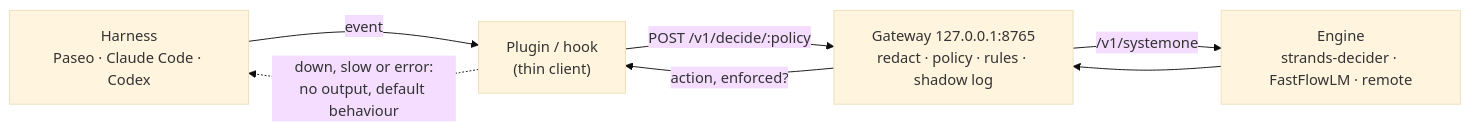
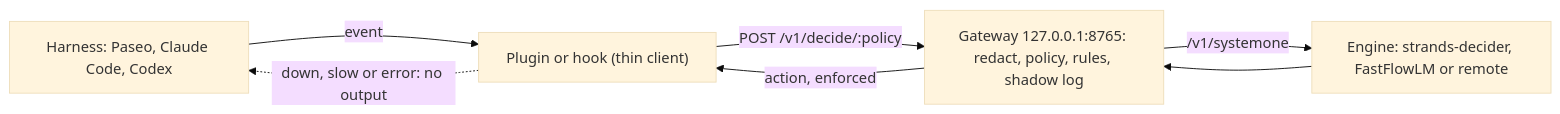
Before and after one commit to SkeLLLa/local-decider: the diagram in README.md, drawn with Mermaid (base theme). The commit also changed other lines of this file and 10 other files, not shown here.

Commit message:
docs: human-focused rewrite of README and docs with Mermaid diagrams

````diff
--- a/README.md
+++ b/README.md
@@ -34,9 +34,9 @@
 ```mermaid
 flowchart LR
-  H["Harness<br/>Paseo · Claude Code · Codex"] -->|event| P["Plugin / hook<br/>(thin client)"]
-  P -->|"POST /v1/decide/:policy"| G["Gateway 127.0.0.1:8765<br/>redact · policy · rules · shadow log"]
-  G -->|"/v1/systemone"| E["Engine<br/>strands-decider · FastFlowLM · remote"]
+  H["Harness: Paseo, Claude Code, Codex"] -->|event| P["Plugin or hook (thin client)"]
+  P -->|"POST /v1/decide/:policy"| G["Gateway 127.0.0.1:8765: redact, policy, rules, shadow log"]
+  G -->|"/v1/systemone"| E["Engine: strands-decider, FastFlowLM or remote"]
   E --> G
-  G -->|"action, enforced?"| P
-  P -.->|"down, slow or error:<br/>no output, default behaviour"| H
+  G -->|"action, enforced"| P
+  P -.->|"down, slow or error: no output"| H
 ```
````
